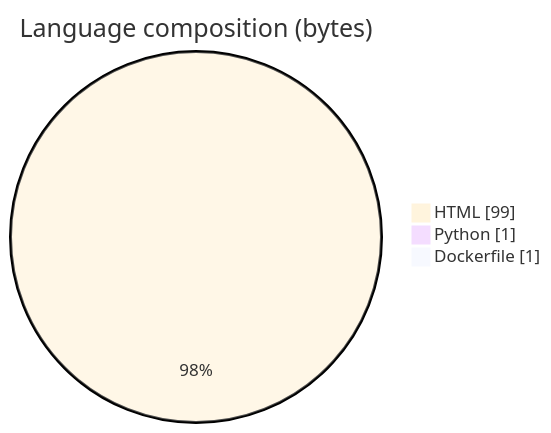
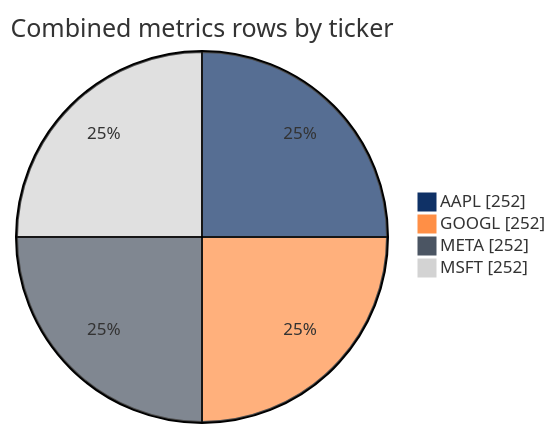
Before and after one commit to ArchanaChetan07/financial-risk-dashboard: the second of 4 diagrams in README.md, drawn with Mermaid. The commit also changed other lines of this file, not shown here.

Commit message:
docs: professional README with verified risk metrics and model R2

````diff
--- a/README.md
+++ b/README.md
@@ -68,7 +49,8 @@
 ```mermaid
-%%{init: {'theme':'base'}}%%
-pie showData title Language composition (bytes)
-    "HTML" : 99
-    "Python" : 1
-    "Dockerfile" : 1
+%%{init: {'theme':'base', 'themeVariables': { 'pie1':'#0F3166','pie2':'#FF8F46','pie3':'#4B5563','pie4':'#D3D3D3'}}}%%
+pie showData title Combined metrics rows by ticker
+    "AAPL" : 252
+    "GOOGL" : 252
+    "META" : 252
+    "MSFT" : 252
 ```
````
